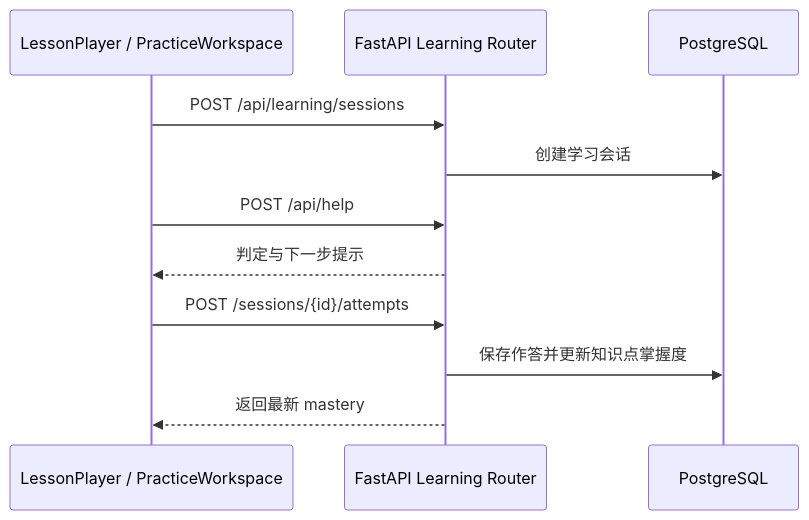
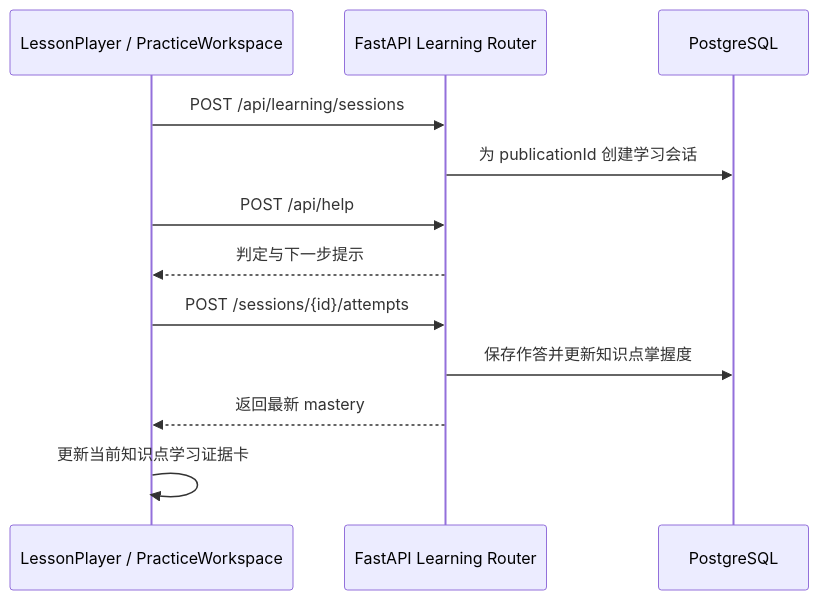
The diagram in docs/programmable-learning.md (ningkaikok/dotty-tutor), drawn with Mermaid before and after one commit. The commit also changed other lines of this file and 84 other files, not shown here.

````diff
--- a/docs/programmable-learning.md
+++ b/docs/programmable-learning.md
@@ -66,14 +68,15 @@
 ```mermaid
 sequenceDiagram
   participant UI as LessonPlayer / PracticeWorkspace
   participant API as FastAPI Learning Router
   participant DB as PostgreSQL
 
   UI->>API: POST /api/learning/sessions
-  API->>DB: 创建学习会话
+  API->>DB: 为 publicationId 创建学习会话
   UI->>API: POST /api/help
   API-->>UI: 判定与下一步提示
   UI->>API: POST /sessions/{id}/attempts
   API->>DB: 保存作答并更新知识点掌握度
   API-->>UI: 返回最新 mastery
+  UI->>UI: 更新当前知识点学习证据卡
 ```
````
